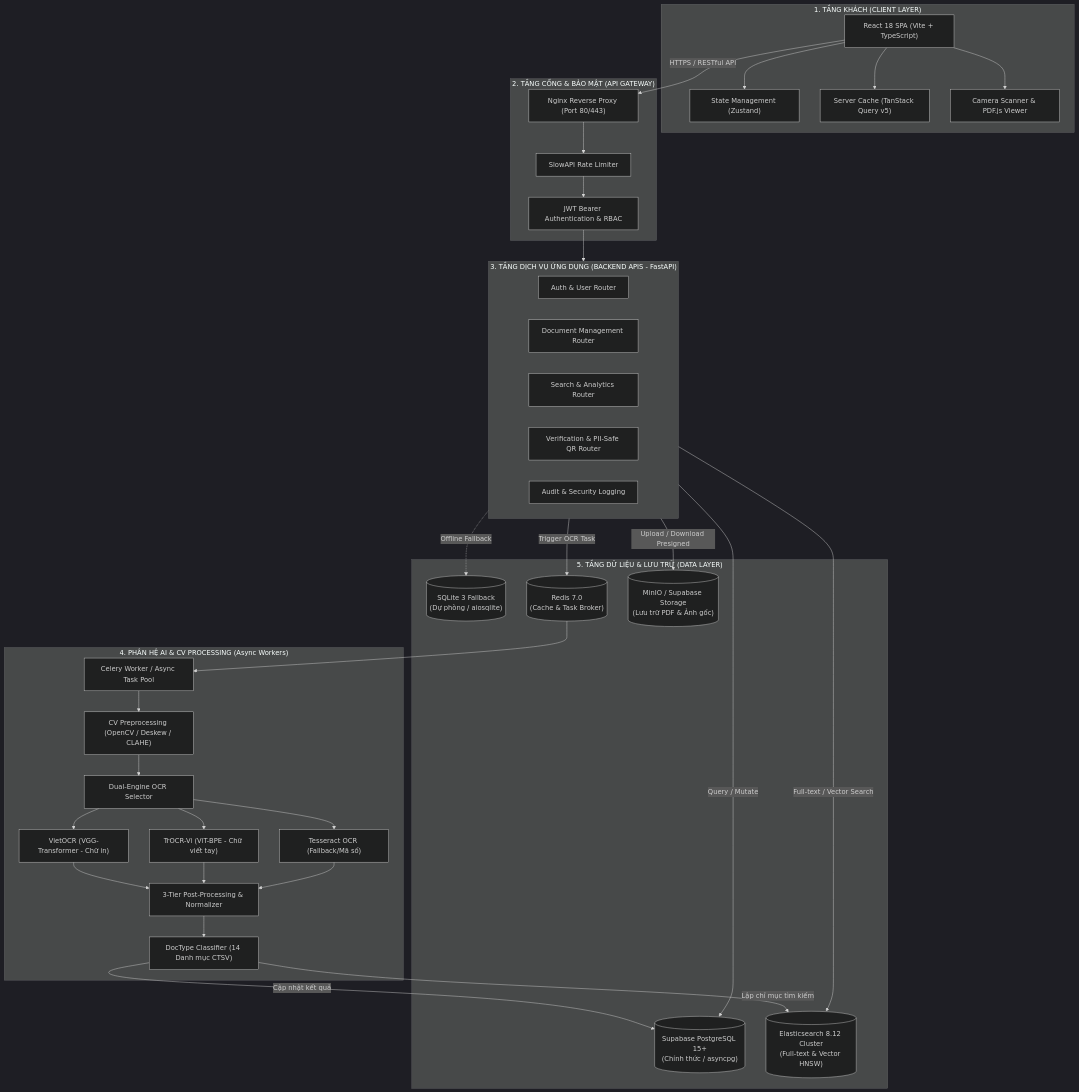
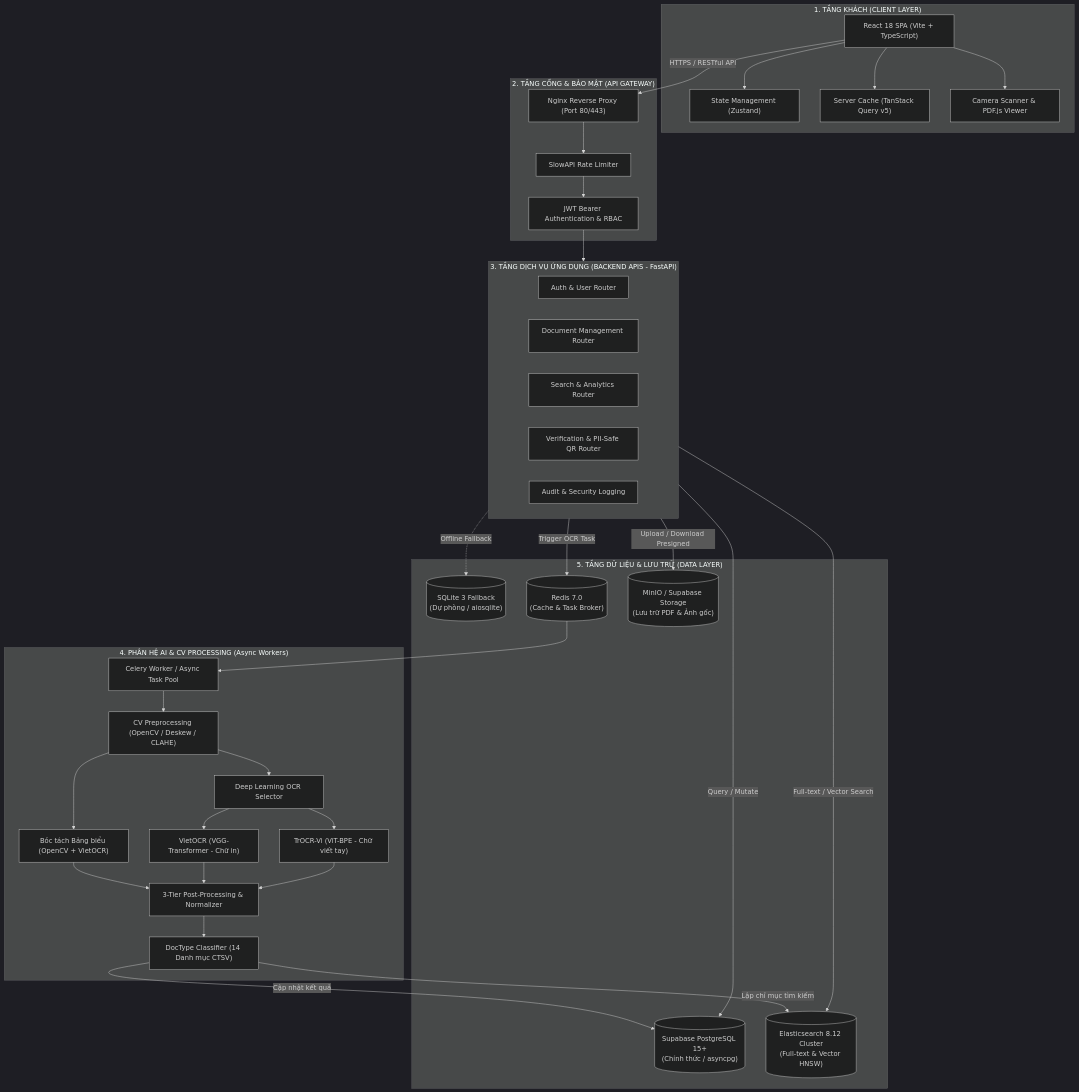
The first of 3 diagrams in README.md (thanh063456/-ATN), drawn with Mermaid (dark theme) before and after one commit. The commit also changed other lines of this file and 3 other files, not shown here.

Commit message:
docs: cap nhat chinh xac MSSV Phan Thanh Phat 2212436, loai bo tesseract, bo sung mo hinh OpenCV + VietOCR boc tach bang bieu

````diff
--- a/README.md
+++ b/README.md
@@ -77,66 +79,66 @@
 ```mermaid
 flowchart TD
     subgraph ClientLayer ["1. TẦNG KHÁCH (CLIENT LAYER)"]
         UI["React 18 SPA (Vite + TypeScript)"]
         Zustand["State Management (Zustand)"]
         Query["Server Cache (TanStack Query v5)"]
         Scanner["Camera Scanner & PDF.js Viewer"]
         UI --> Zustand
         UI --> Query
         UI --> Scanner
     end
 
     subgraph GatewayLayer ["2. TẦNG CỔNG & BẢO MẬT (API GATEWAY)"]
         Nginx["Nginx Reverse Proxy (Port 80/443)"]
         RateLimit["SlowAPI Rate Limiter"]
         AuthMiddleware["JWT Bearer Authentication & RBAC"]
         Nginx --> RateLimit --> AuthMiddleware
     end
 
     subgraph ServiceLayer ["3. TẦNG DỊCH VỤ ỨNG DỤNG (BACKEND APIS - FastAPI)"]
         AuthRouter["Auth & User Router"]
         DocRouter["Document Management Router"]
         SearchRouter["Search & Analytics Router"]
         VerifyRouter["Verification & PII-Safe QR Router"]
         AuditRouter["Audit & Security Logging"]
     end
 
     subgraph AIPipeline ["4. PHÂN HỆ AI & CV PROCESSING (Async Workers)"]
         CeleryWorker["Celery Worker / Async Task Pool"]
         CVPre["CV Preprocessing (OpenCV / Deskew / CLAHE)"]
-        OCRRouter["Dual-Engine OCR Selector"]
+        OCRRouter["Deep Learning OCR Selector"]
         VietOCR["VietOCR (VGG-Transformer - Chữ in)"]
         TrOCR["TrOCR-Vi (ViT-BPE - Chữ viết tay)"]
-        TessEngine["Tesseract OCR (Fallback/Mã số)"]
+        TableExtractor["Bóc tách Bảng biểu (OpenCV + VietOCR)"]
         PostProc["3-Tier Post-Processing & Normalizer"]
         DocClassifier["DocType Classifier (14 Danh mục CTSV)"]
 
         CeleryWorker --> CVPre --> OCRRouter
         OCRRouter --> VietOCR
         OCRRouter --> TrOCR
-        OCRRouter --> TessEngine
+        CVPre --> TableExtractor
+        TableExtractor --> PostProc
         VietOCR --> PostProc
         TrOCR --> PostProc
-        TessEngine --> PostProc
         PostProc --> DocClassifier
     end
 
     subgraph StorageLayer ["5. TẦNG DỮ LIỆU & LƯU TRỮ (DATA LAYER)"]
         Postgres[("Supabase PostgreSQL 15+\n(Chính thức / asyncpg)")]
         SQLiteFallback[("SQLite 3 Fallback\n(Dự phòng / aiosqlite)")]
         RedisCache[("Redis 7.0\n(Cache & Task Broker)")]
         ESCluster[("Elasticsearch 8.12 Cluster\n(Full-text & Vector HNSW)")]
         MinIOStorage[("MinIO / Supabase Storage\n(Lưu trữ PDF & Ảnh gốc)")]
     end
 
     UI -->|HTTPS / RESTful API| Nginx
     AuthMiddleware --> ServiceLayer
     ServiceLayer -->|Trigger OCR Task| RedisCache
     RedisCache --> CeleryWorker
     ServiceLayer -->|Query / Mutate| Postgres
     ServiceLayer -.->|Offline Fallback| SQLiteFallback
     ServiceLayer -->|Full-text / Vector Search| ESCluster
     ServiceLayer -->|Upload / Download Presigned| MinIOStorage
     DocClassifier -->|Cập nhật kết quả| Postgres
     DocClassifier -->|Lập chỉ mục tìm kiếm| ESCluster
 ```
````
